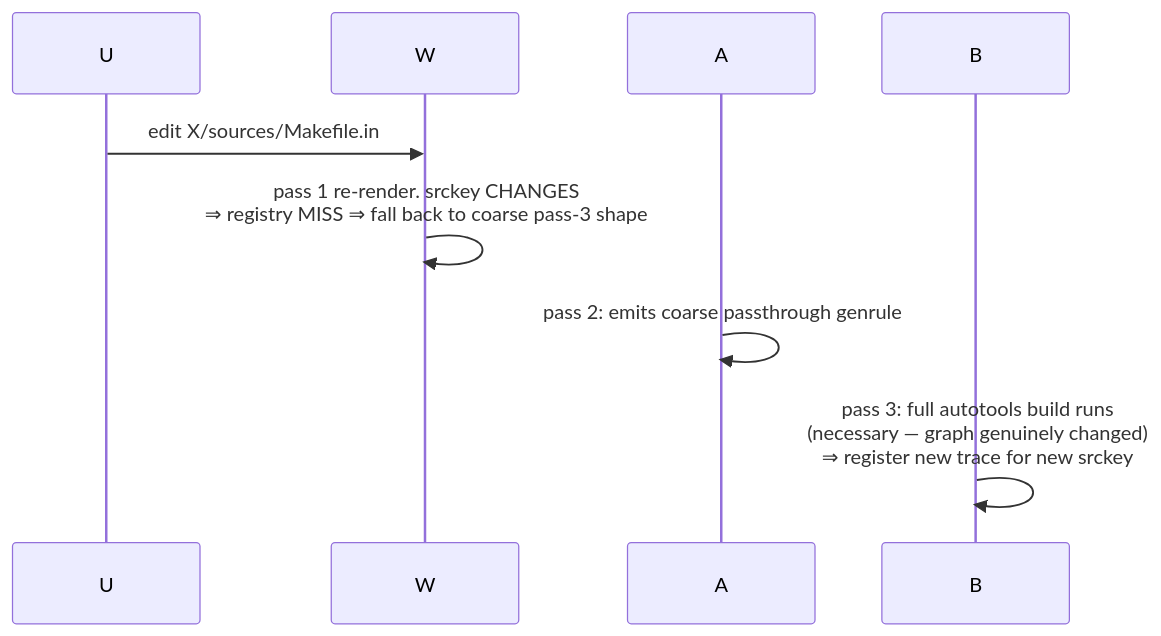
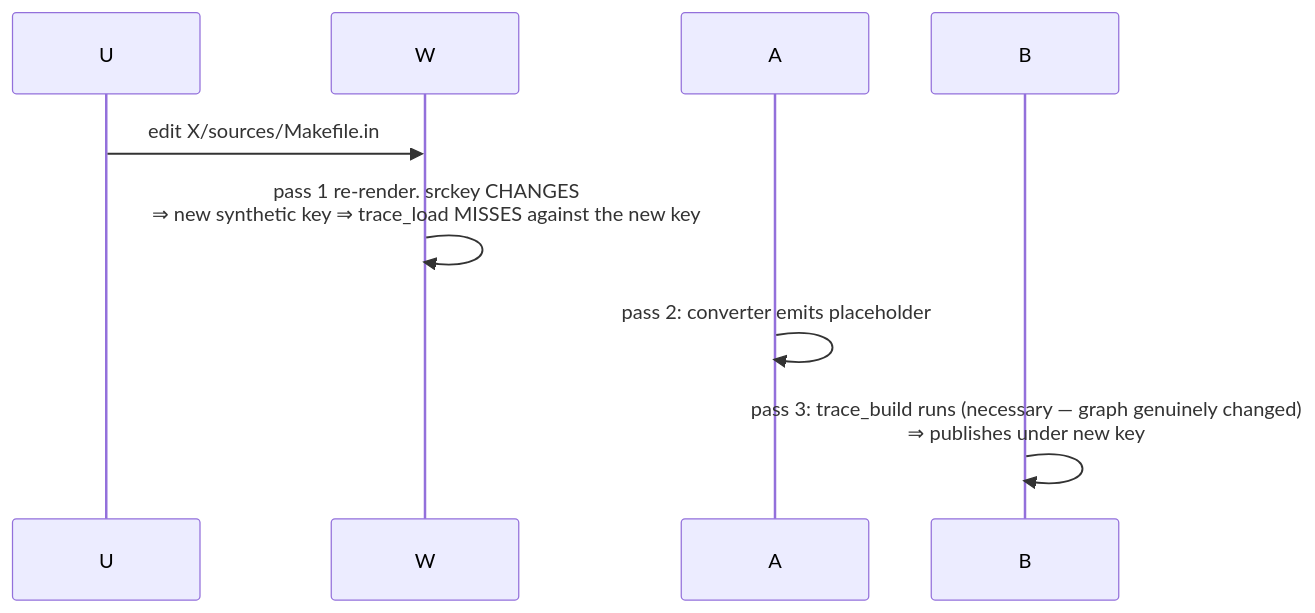
The fourth of 4 diagrams in docs/three-pass-flow.md (sstriker/buildstream-bazel), drawn with Mermaid before and after one commit. The commit also changed other lines of this file and 10 other files, not shown here.

````diff
--- a/docs/three-pass-flow.md
+++ b/docs/three-pass-flow.md
@@ -178,7 +156,7 @@
 ```mermaid
 sequenceDiagram
     U->>W: edit X/sources/Makefile.in
-    W->>W: pass 1 re-render. srckey CHANGES<br/>⇒ registry MISS ⇒ fall back to coarse pass-3 shape
-    A->>A: pass 2: emits coarse passthrough genrule
-    B->>B: pass 3: full autotools build runs<br/>(necessary — graph genuinely changed)<br/>⇒ register new trace for new srckey
+    W->>W: pass 1 re-render. srckey CHANGES<br/>⇒ new synthetic key ⇒ trace_load MISSES against the new key
+    A->>A: pass 2: converter emits placeholder
+    B->>B: pass 3: trace_build runs (necessary — graph genuinely changed)<br/>⇒ publishes under new key
 ```
````
